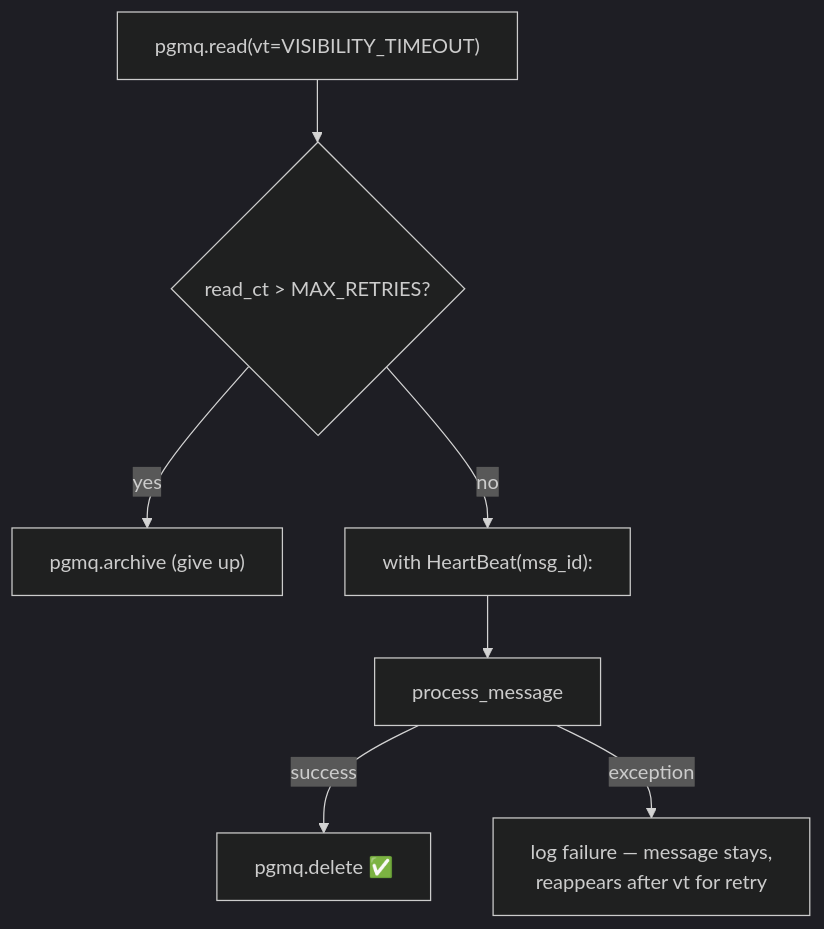
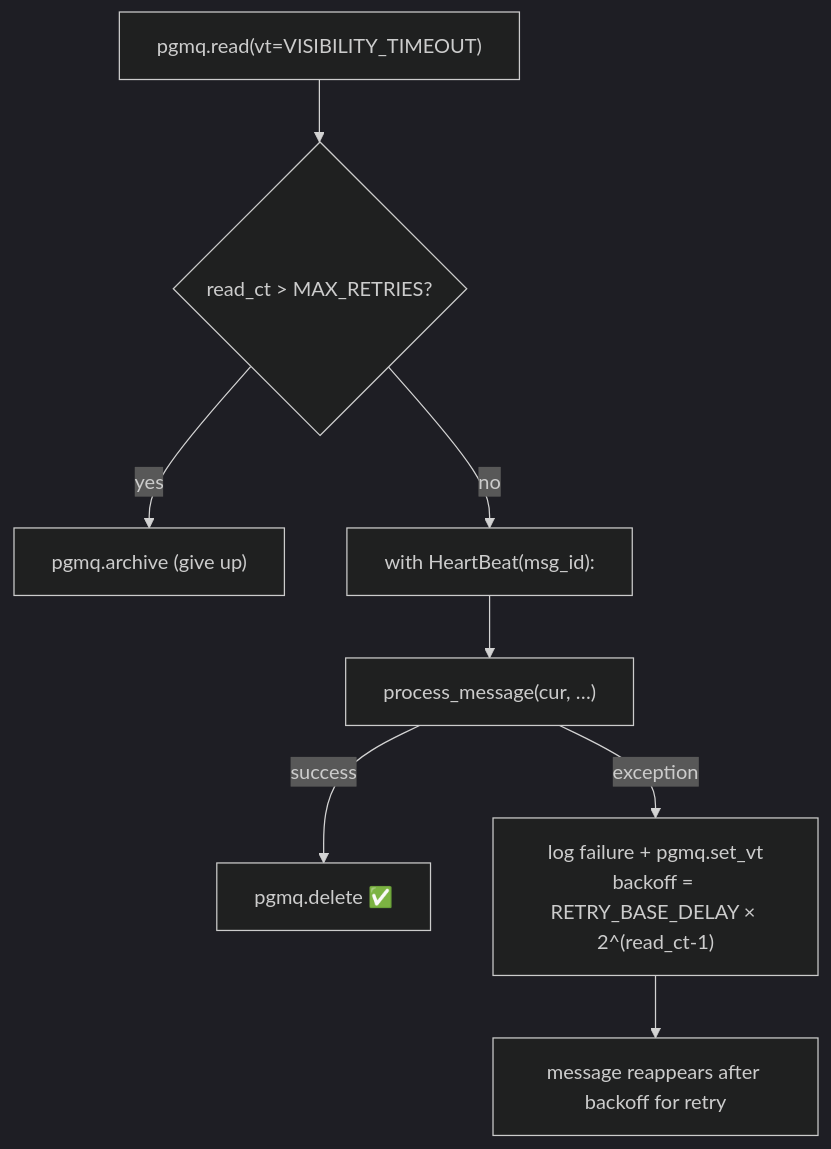
The third of 6 diagrams in worker/docs/ARCHITECTURE.md (AdReadyAI/adready-ai), drawn with Mermaid (dark theme) before and after one commit. The commit also changed other lines of this file and 7 other files, not shown here.

Commit message:
fix(architecture): updated the with retry logic

````diff
--- a/worker/docs/ARCHITECTURE.md
+++ b/worker/docs/ARCHITECTURE.md
@@ -85,9 +85,10 @@
 ```mermaid
 flowchart TD
     R["pgmq.read(vt=VISIBILITY_TIMEOUT)"] --> C{"read_ct > MAX_RETRIES?"}
     C -->|yes| A["pgmq.archive (give up)"]
     C -->|no| H["with HeartBeat(msg_id):"]
-    H --> P["process_message"]
+    H --> P["process_message(cur, …)"]
     P -->|success| DEL["pgmq.delete ✅"]
-    P -->|exception| LOG["log failure — message stays,<br/>reappears after vt for retry"]
+    P -->|exception| BO["log failure + pgmq.set_vt<br/>backoff = RETRY_BASE_DELAY × 2^(read_ct-1)"]
+    BO --> RE["message reappears after backoff for retry"]
 ```
````
